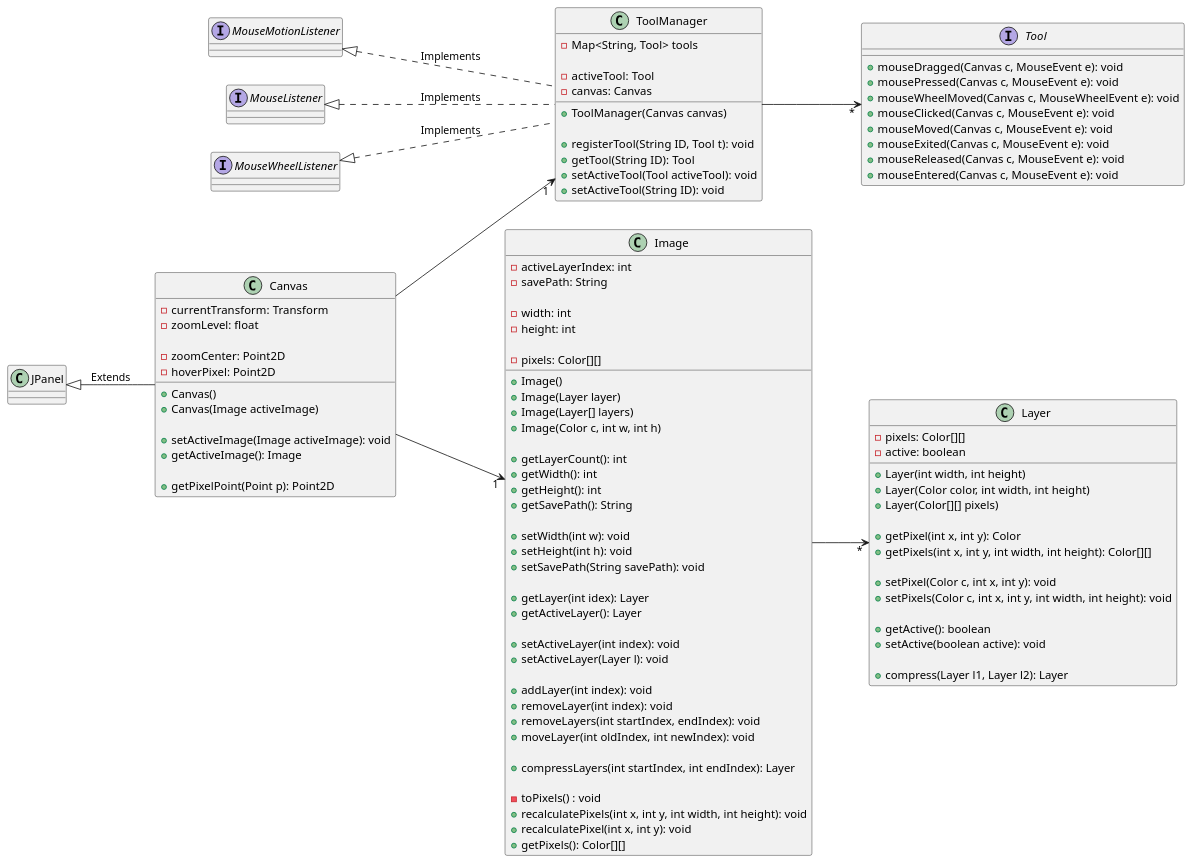
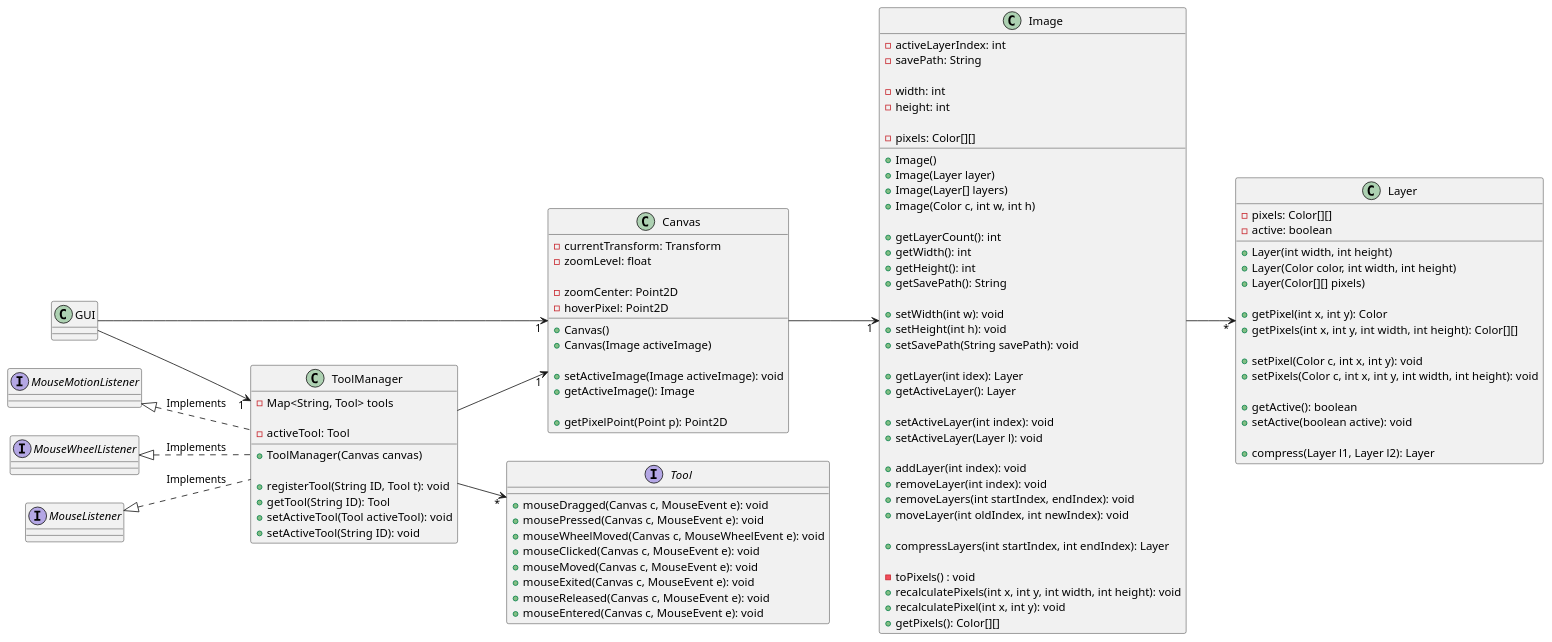
The diagram in docs/diagrams/canvas-class-diagram.plantuml (Toby267/PixelPaint), drawn with PlantUML before and after one commit. The commit also changed 1 other file, not shown here.

Commit message:
Continued to work on the class diagrams Added action diagram

```diff
--- a/docs/diagrams/canvas-class-diagram.plantuml
+++ b/docs/diagrams/canvas-class-diagram.plantuml
@@ -1,126 +1,133 @@
 @startuml Canvas Class Diagram
 
 left to right direction
 
 interface MouseMotionListener
 interface MouseListener
 interface MouseWheelListener
-class JPanel
 
 interface Tool{
     + mouseDragged(Canvas c, MouseEvent e): void
     + mousePressed(Canvas c, MouseEvent e): void
     + mouseWheelMoved(Canvas c, MouseWheelEvent e): void
     + mouseClicked(Canvas c, MouseEvent e): void
     + mouseMoved(Canvas c, MouseEvent e): void
     + mouseExited(Canvas c, MouseEvent e): void
     + mouseReleased(Canvas c, MouseEvent e): void
     + mouseEntered(Canvas c, MouseEvent e): void
 }
 
+class GUI {
+
+}
+
 class ToolManager {
     - Map<String, Tool> tools
 
     - activeTool: Tool
-    - canvas: Canvas
 
     + ToolManager(Canvas canvas)
 
     + registerTool(String ID, Tool t): void
     + getTool(String ID): Tool
     + setActiveTool(Tool activeTool): void
     + setActiveTool(String ID): void
 }
 
 class Canvas {
     - currentTransform: Transform
     - zoomLevel: float
 
     - zoomCenter: Point2D
     - hoverPixel: Point2D
 
     + Canvas()
     + Canvas(Image activeImage)
     
     + setActiveImage(Image activeImage): void
     + getActiveImage(): Image
 
     + getPixelPoint(Point p): Point2D
 
 }
 
 class Image {
     - activeLayerIndex: int 
     - savePath: String
 
     - width: int
     - height: int
 
     - pixels: Color[][]
 
     + Image()
     + Image(Layer layer)
     + Image(Layer[] layers)
     + Image(Color c, int w, int h)
 
     + getLayerCount(): int
     + getWidth(): int
     + getHeight(): int
     + getSavePath(): String
 
     + setWidth(int w): void
     + setHeight(int h): void
     + setSavePath(String savePath): void
 
     + getLayer(int idex): Layer
     + getActiveLayer(): Layer
 
     + setActiveLayer(int index): void
     + setActiveLayer(Layer l): void
 
     + addLayer(int index): void
     + removeLayer(int index): void
     + removeLayers(int startIndex, endIndex): void
     + moveLayer(int oldIndex, int newIndex): void
 
     + compressLayers(int startIndex, int endIndex): Layer
 
     - toPixels() : void
     + recalculatePixels(int x, int y, int width, int height): void
     + recalculatePixel(int x, int y): void
     + getPixels(): Color[][]
 }
 
 class Layer {
     - pixels: Color[][]
     - active: boolean
 
     + Layer(int width, int height)
     + Layer(Color color, int width, int height)
     + Layer(Color[][] pixels)
 
     + getPixel(int x, int y): Color
     + getPixels(int x, int y, int width, int height): Color[][]
 
     + setPixel(Color c, int x, int y): void
     + setPixels(Color c, int x, int y, int width, int height): void
 
     + getActive(): boolean
     + setActive(boolean active): void
 
     + compress(Layer l1, Layer l2): Layer
 }
 
 Image --> "*" Layer
 Canvas --> "1" Image
-Canvas --> "1" ToolManager
+
+GUI --> "1" Canvas
+GUI --> "1" ToolManager
+
+ToolManager --> "1" Canvas
 
 ToolManager --> "*" Tool
 
 MouseListener <|.. ToolManager : "Implements"
 MouseMotionListener <|.. ToolManager : "Implements"
 MouseWheelListener <|.. ToolManager : "Implements"
 
-JPanel <|-- Canvas: "Extends"
+'JPanel <|-- Canvas: "Extends"
+'JFrame <|-- GUI: "Extends"
 
 @enduml
```
